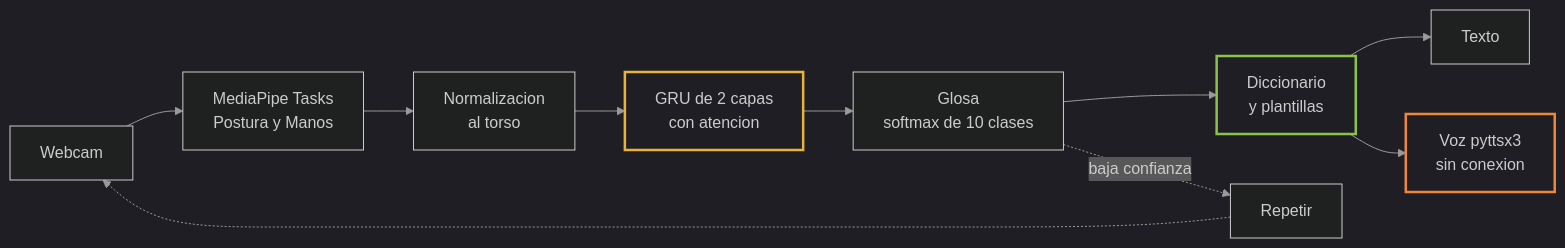
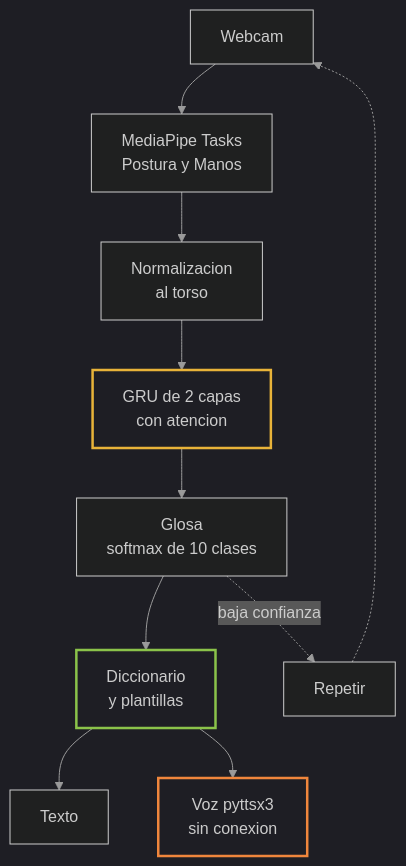
The diagram in docs/informe/entrega1_informe.md (willypaz243/signvoice), drawn with Mermaid before and after one commit.

Commit message:
docs: orientar la figura 1 del flujo del sistema en vertical
El visor del documento muestra mejor el pipeline de arriba hacia abajo.

````diff
--- a/docs/informe/entrega1_informe.md
+++ b/docs/informe/entrega1_informe.md
@@ -189,16 +189,16 @@
 ```mermaid
 %%{init: {'theme':'dark','themeVariables':{'darkMode':true,'primaryTextColor':'#e6e6e6','nodeTextColor':'#e6e6e6','edgeLabelColor':'#e6e6e6','lineColor':'#9a9a9a'},'themeCSS':'.nodeLabel,.nodeText,.edgeLabel,.label{color:#e6e6e6!important}'}}%%
-flowchart LR
+flowchart TD
     A[Webcam] --> B[MediaPipe Tasks<br/>Postura y Manos]
     B --> C[Normalizacion<br/>al torso]
     C --> D[GRU de 2 capas<br/>con atencion]
     D --> E[Glosa<br/>softmax de 10 clases]
     E --> F[Diccionario<br/>y plantillas]
     F --> G[Texto]
     F --> H[Voz pyttsx3<br/>sin conexion]
     E -.->|baja confianza| I[Repetir]
     I -.-> A
     style D fill:none,stroke:#e8b339,stroke-width:2.5px
     style F fill:none,stroke:#8bc34a,stroke-width:2.5px
     style H fill:none,stroke:#f0863c,stroke-width:2.5px
 ```
````
